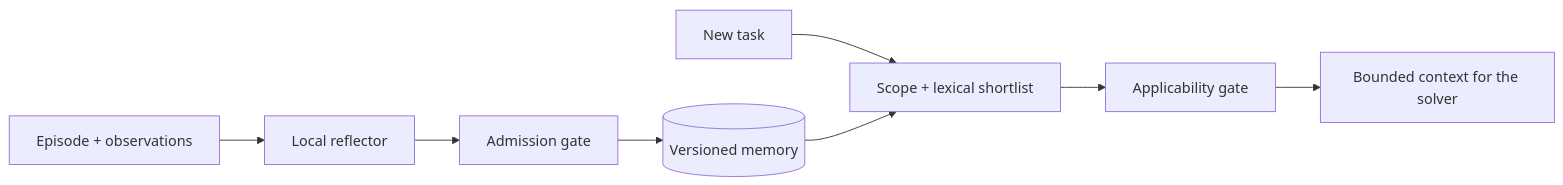
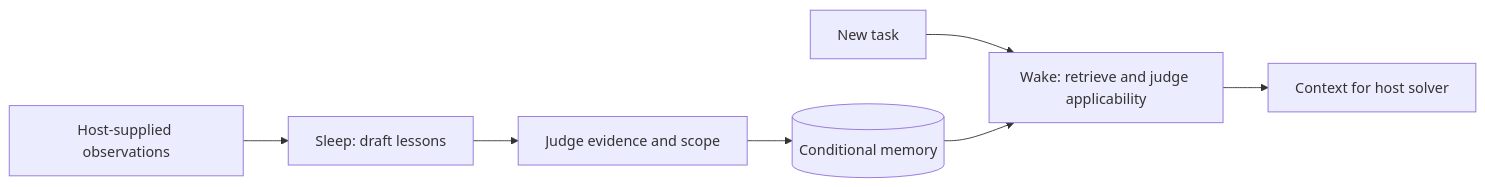
Before and after one commit to JayYun98/jev-lucid-memory: the diagram in README.md, drawn with Mermaid. The commit also changed other lines of this file and 1 other file, not shown here.

Commit message:
docs: explain wake-sleep philosophy, dreaming and LLM Wiki relationship

````diff
--- a/README.md
+++ b/README.md
@@ -12,10 +45,9 @@
 ```mermaid
 flowchart LR
-    E[Episode + observations] --> R[Local reflector]
-    R --> A[Admission gate]
-    A --> M[(Versioned memory)]
-    T[New task] --> S[Scope + lexical shortlist]
-    M --> S
-    S --> G[Applicability gate]
-    G --> C[Bounded context for the solver]
+    E[Host-supplied observations] --> R[Sleep: draft lessons]
+    R --> A[Judge evidence and scope]
+    A --> M[(Conditional memory)]
+    T[New task] --> W[Wake: retrieve and judge applicability]
+    M --> W
+    W --> H[Context for host solver]
 ```
````
